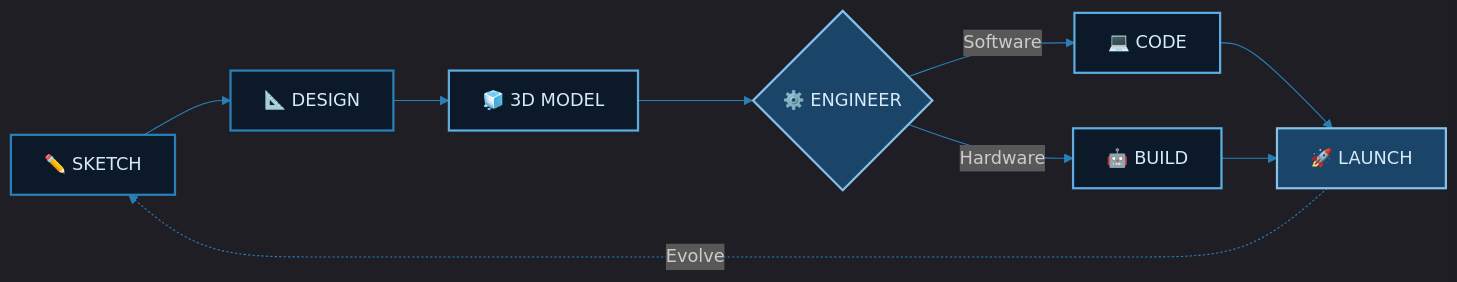
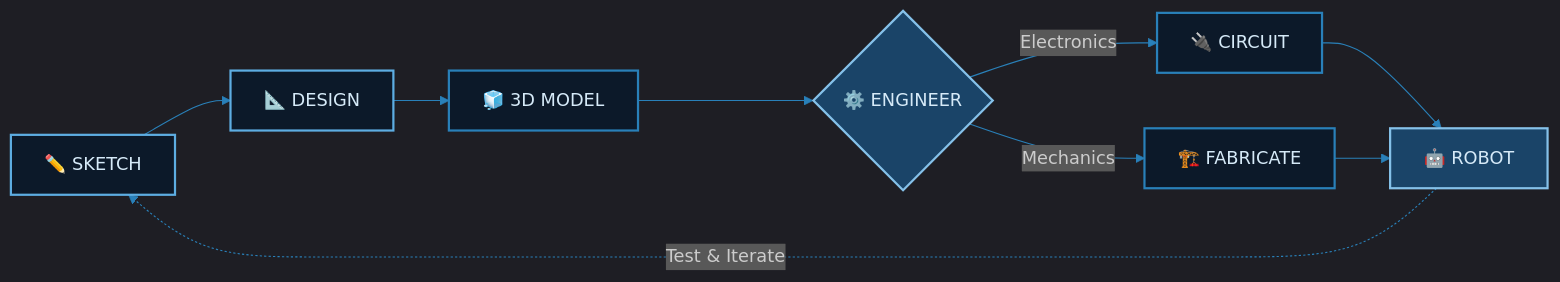
The second of 3 diagrams in readme.md (nasblor/nasblor), drawn with Mermaid before and after one commit. The commit also changed other lines of this file, not shown here.

````diff
--- a/readme.md
+++ b/readme.md
@@ -181,16 +153,16 @@
 ```mermaid
 %%{init: {'theme':'dark','themeVariables':{'primaryColor':'#5dade2','primaryTextColor':'#0a0e1a','lineColor':'#2980b9','secondaryColor':'#0c1929','tertiaryColor':'#0a0e1a'}}}%%
 flowchart LR
-    A["✏️ SKETCH"]:::blue --> B["📐 DESIGN"]:::blue
-    B --> C["🧊 3D MODEL"]:::cyan
-    C --> D{"⚙️ ENGINEER"}:::light
-    D -->|Software| E["💻 CODE"]:::cyan
-    D -->|Hardware| F["🤖 BUILD"]:::cyan
-    E --> G["🚀 LAUNCH"]:::light
+    A["✏️ SKETCH"]:::s1 --> B["📐 DESIGN"]:::s1
+    B --> C["🧊 3D MODEL"]:::s2
+    C --> D{"⚙️ ENGINEER"}:::s3
+    D -->|Electronics| E["🔌 CIRCUIT"]:::s2
+    D -->|Mechanics| F["🏗️ FABRICATE"]:::s2
+    E --> G["🤖 ROBOT"]:::s3
     F --> G
-    G -.->|Evolve| A
+    G -.->|Test & Iterate| A
 
-    classDef blue fill:#0c1929,stroke:#2980b9,color:#d6eaf8,stroke-width:2px
-    classDef cyan fill:#0c1929,stroke:#5dade2,color:#d6eaf8,stroke-width:2px
-    classDef light fill:#1a4468,stroke:#85c1e9,color:#d6eaf8,stroke-width:2px
+    classDef s1 fill:#0c1929,stroke:#5dade2,color:#d6eaf8,stroke-width:2px
+    classDef s2 fill:#0c1929,stroke:#2980b9,color:#d6eaf8,stroke-width:2px
+    classDef s3 fill:#1a4468,stroke:#85c1e9,color:#d6eaf8,stroke-width:2px
 ```
````
